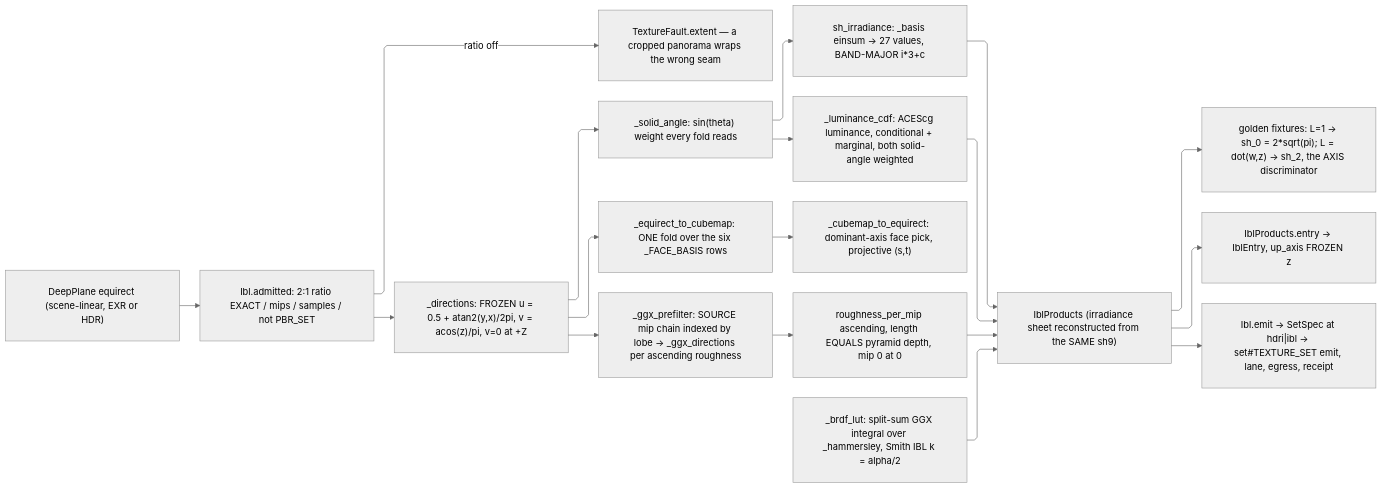
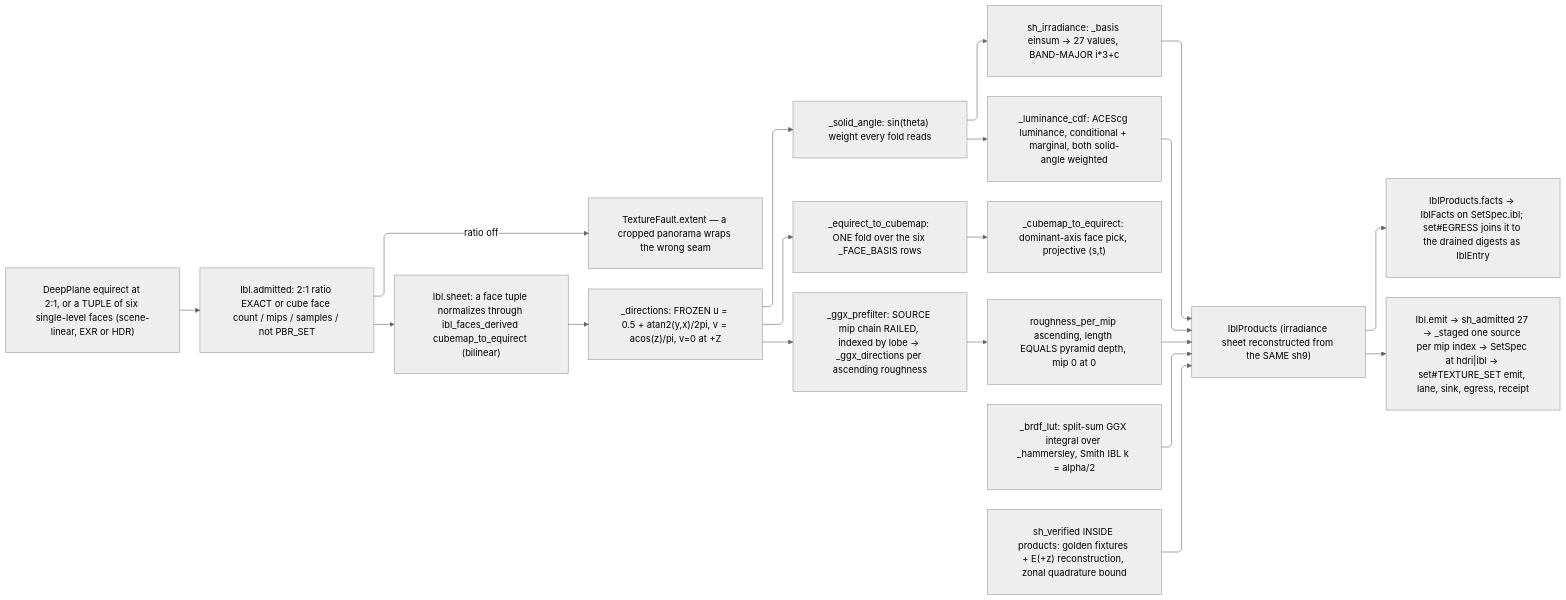
One commit to bsamiee/Rasm changed the diagram in libs/python/artifacts/.planning/graphic/texture/ibl.md. Above: the diagram before and after it, drawn with Mermaid (neutral theme). The commit also changed other lines of this file and 236 other files, not shown here.

````diff
--- a/libs/python/artifacts/.planning/graphic/texture/ibl.md
+++ b/libs/python/artifacts/.planning/graphic/texture/ibl.md
@@ -538,29 +706,30 @@
 ```mermaid
 ---
 config:
   layout: elk
   flowchart:
     curve: linear
     padding: 25
 ---
 flowchart LR
     accTitle: Image-based lighting flow
     accDescr: A scene-linear equirect plane admitted at exact 2:1 ratio, mapped to directions under the frozen equirect law with solid-angle weights, folded into the SH9 irradiance bands, prefiltered into the GGX roughness pyramid beside the BRDF LUT and luminance CDF, and assembled into IblProducts.
-    Src["DeepPlane equirect (scene-linear, EXR or HDR)"] --> Adm["Ibl.admitted: 2:1 ratio EXACT / mips / samples / not PBR_SET"]
+    Src["DeepPlane equirect at 2:1, or a TUPLE of six single-level faces (scene-linear, EXR or HDR)"] --> Adm["Ibl.admitted: 2:1 ratio EXACT or cube face count / mips / samples / not PBR_SET"]
+    Adm --> Sheet["Ibl.sheet: a face tuple normalizes through ibl_faces_derived cubemap_to_equirect (bilinear)"]
     Adm -->|"ratio off"| F["TextureFault.extent — a cropped panorama wraps the wrong seam"]
-    Adm --> Dirs["_directions: FROZEN u = 0.5 + atan2(y,x)/2pi, v = acos(z)/pi, v=0 at +Z"]
+    Sheet --> Dirs["_directions: FROZEN u = 0.5 + atan2(y,x)/2pi, v = acos(z)/pi, v=0 at +Z"]
     Dirs --> SA["_solid_angle: sin(theta) weight every fold reads"]
     SA --> SH["sh_irradiance: _basis einsum -> 27 values, BAND-MAJOR i*3+c"]
     SA --> CDF["_luminance_cdf: ACEScg luminance, conditional + marginal, both solid-angle weighted"]
     Dirs --> Cube["_equirect_to_cubemap: ONE fold over the six _FACE_BASIS rows"]
     Cube --> Inv["_cubemap_to_equirect: dominant-axis face pick, projective (s,t)"]
-    Dirs --> Pre["_ggx_prefilter: SOURCE mip chain indexed by lobe -> _ggx_directions per ascending roughness"]
+    Dirs --> Pre["_ggx_prefilter: SOURCE mip chain RAILED, indexed by lobe -> _ggx_directions per ascending roughness"]
     Pre --> Lad["roughness_per_mip ascending, length EQUALS pyramid depth, mip 0 at 0"]
     BRDF["_brdf_lut: split-sum GGX integral over _hammersley, Smith IBL k = alpha/2"] --> Prod
     SH --> Prod["IblProducts (irradiance sheet reconstructed from the SAME sh9)"]
     CDF --> Prod
     Lad --> Prod
-    Prod --> Gold["golden fixtures: L=1 -> sh_0 = 2*sqrt(pi); L = dot(w,z) -> sh_2, the AXIS discriminator"]
-    Prod --> Entry["IblProducts.entry -> IblEntry, up_axis FROZEN z"]
-    Prod --> Emit["Ibl.emit -> SetSpec at hdri|ibl -> set#TEXTURE_SET emit, lane, egress, receipt"]
+    Gold["sh_verified INSIDE products: golden fixtures + E(+z) reconstruction, zonal quadrature bound"] --> Prod
+    Prod --> Entry["IblProducts.facts -> IblFacts on SetSpec.ibl; set#EGRESS joins it to the drained digests as IblEntry"]
+    Prod --> Emit["Ibl.emit -> sh_admitted 27 -> _staged one source per mip index -> SetSpec at hdri|ibl -> set#TEXTURE_SET emit, lane, sink, egress, receipt"]
 ```
````
